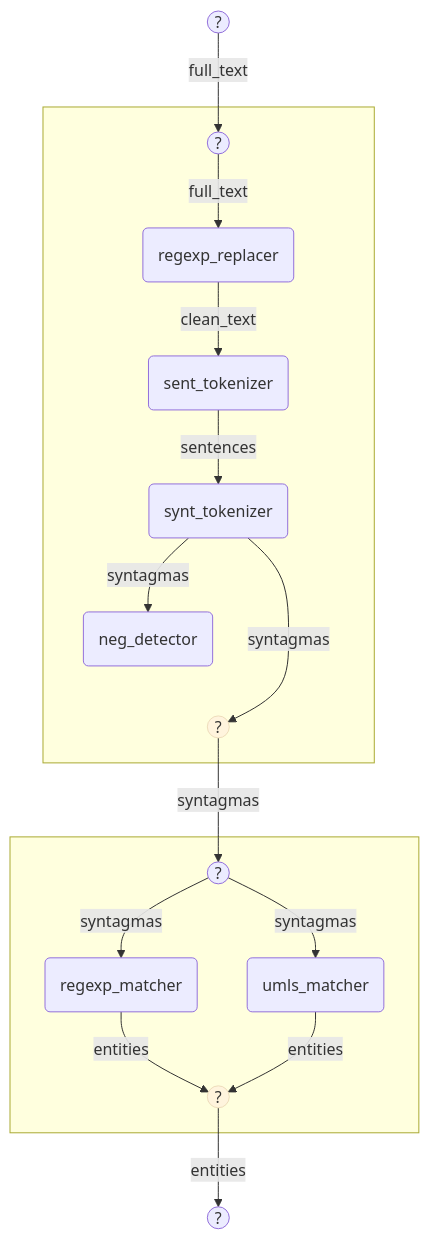
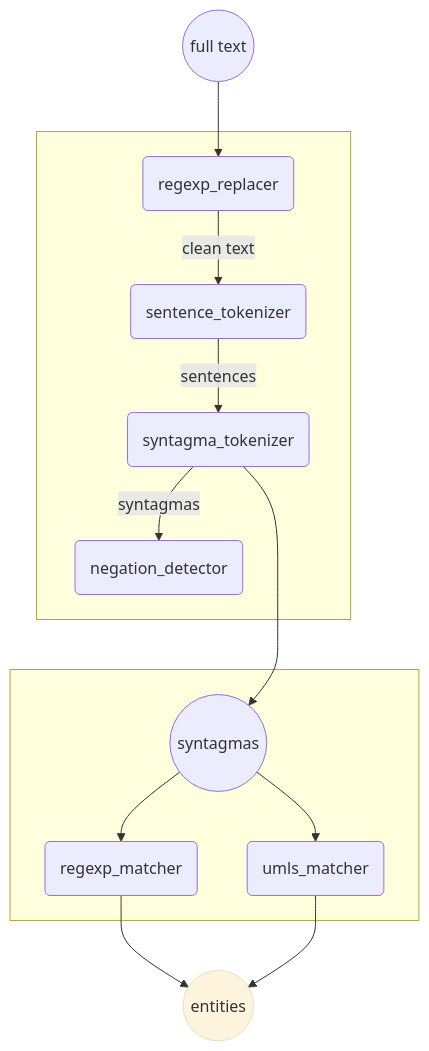
One commit to medkit-lib/medkit changed the second of 2 diagrams in docs/user_guide/pipeline.md. Above: the diagram before and after it, drawn with Mermaid. The commit also changed other lines of this file and 42 other files, not shown here.

````diff
--- a/docs/user_guide/pipeline.md
+++ b/docs/user_guide/pipeline.md
@@ -284,44 +255,32 @@
 ```{mermaid}
 :align: center
 graph TD
+    subgraph " "
+    B(regexp_replacer)
+    C(sentence_tokenizer)
+    D(syntagma_tokenizer)
+    E(negation_detector)
+    B -- clean text --> C
+    C -- sentences --> D
+    D -- syntagmas --> E
+    end
+
+    A((full text))
+    A --> B
+    G((syntagmas))
+    E ~~~ G
+    D --> G
 
     subgraph " "
-    A((?))
-    B(regexp_replacer)
-    C(sent_tokenizer)
-    D(synt_tokenizer)
-    E(neg_detector)
-    F((?)):::io
-
-    A -- full_text --> B
-    B -- clean_text --> C
-    C -- sentences --> D
-    D -- syntagmas --> E
-    E ~~~ F
-    D -- syntagmas --> F
-
+    H(regexp_matcher)
+    I(umls_matcher)
+    G --> H
+    G --> I
     end
 
-
-    subgraph " "
-    G((?))
-    H(regexp_matcher)
-    I(umls_matcher)
-    J((?)):::io
-
-    G -- syntagmas --> H
-    G -- syntagmas --> I
-    H -- entities --> J
-    I -- entities --> J
-
-    end
-
-    K((?))
-    K -- full_text--> A
-    F -- syntagmas --> G
-
-    L((?))
-    J -- entities --> L
+    J((entities)):::io
+    H --> J
+    I --> J
 
     classDef io fill:#fff4dd,stroke:#edb:
 ```
````
